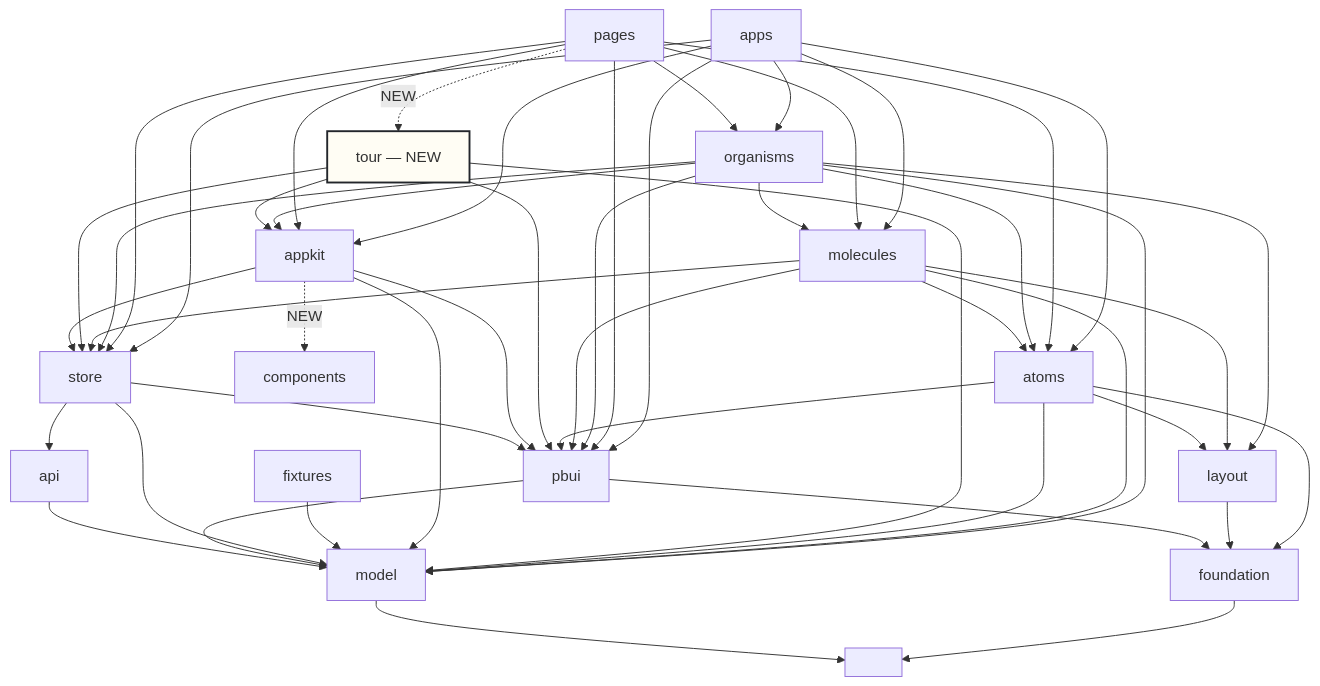
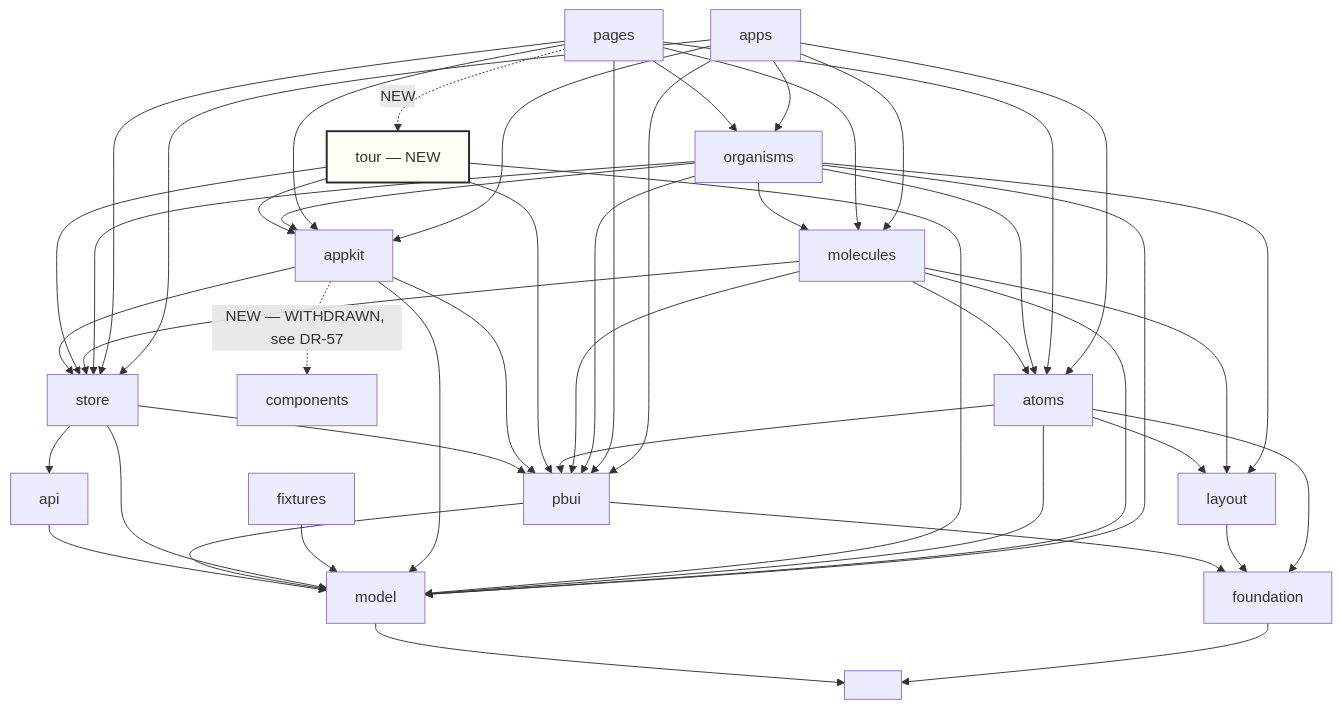
One commit to wesen/go-go-datadrop changed the third of 3 diagrams in ttmp/2026/07/26/DATADROP-7--landing-page-and-embedded-tutorial-workbenches-multi-instance-workbench-lesson-rail-and-the-module-rack/design/01-the-landing-page-the-embedded-workbench-and-the-lesson-rail-analysis-design-and-implementation-guide.md. Above: the diagram before and after it, drawn with Mermaid. The commit also changed other lines of this file and 4 other files, not shown here.

````diff
--- a/ttmp/2026/07/26/DATADROP-7--landing-page-and-embedded-tutorial-workbenches-multi-instance-workbench-lesson-rail-and-the-module-rack/design/01-the-landing-page-the-embedded-workbench-and-the-lesson-rail-analysis-design-and-implementation-guide.md
+++ b/ttmp/2026/07/26/DATADROP-7--landing-page-and-embedded-tutorial-workbenches-multi-instance-workbench-lesson-rail-and-the-module-rack/design/01-the-landing-page-the-embedded-workbench-and-the-lesson-rail-analysis-design-and-implementation-guide.md
@@ -1301,20 +1315,20 @@
 ```mermaid
 flowchart TD
   model --> nothing[" "]
   api --> model
   pbui --> model & foundation
   store --> model & api & pbui
   fixtures --> model
   appkit --> model & pbui & store
-  appkit -.NEW.-> components
+  appkit -. "NEW — WITHDRAWN, see DR-57" .-> components
   tour["tour — NEW"] --> model & store & pbui & appkit
   foundation --> nothing
   layout --> foundation
   atoms --> foundation & layout & pbui & model
   molecules --> atoms & layout & pbui & model & store
   organisms --> molecules & atoms & layout & pbui & model & store & appkit
   pages --> organisms & molecules & atoms & pbui & store & appkit
   pages -.NEW.-> tour
   apps --> organisms & molecules & atoms & pbui & store & appkit
   style tour fill:#fffdf4,stroke:#23262b,stroke-width:2px
 ```
````
